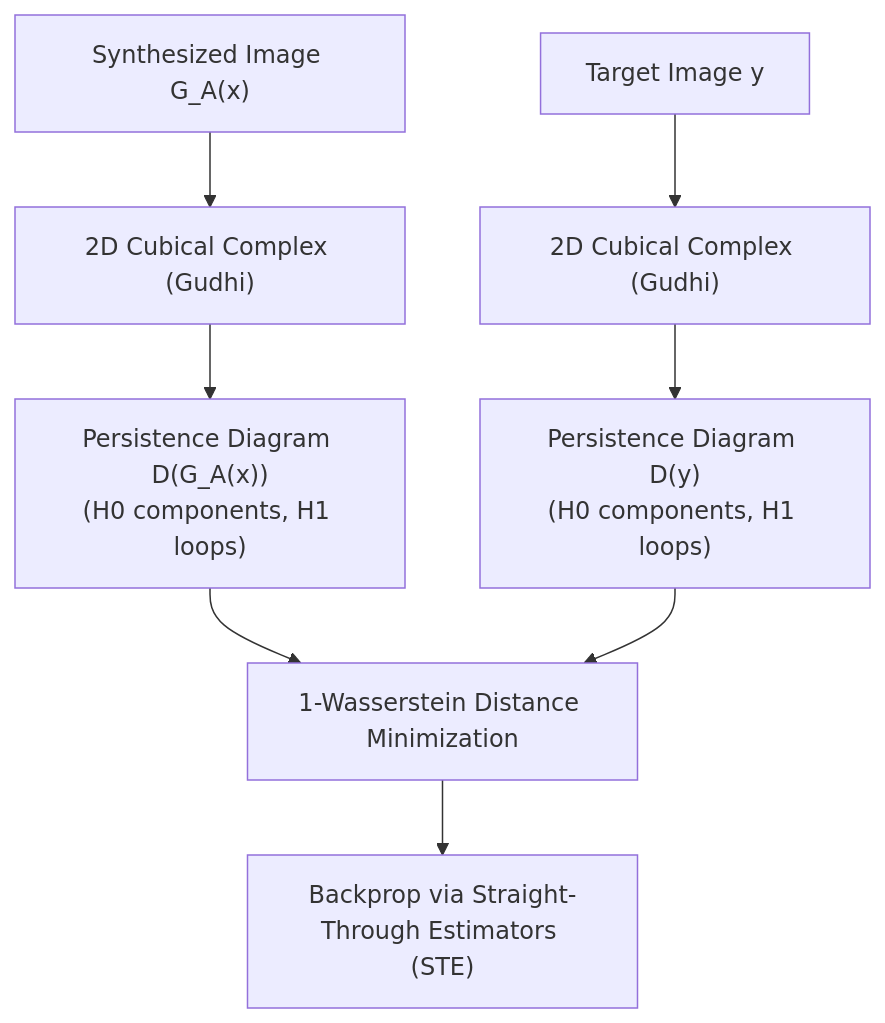
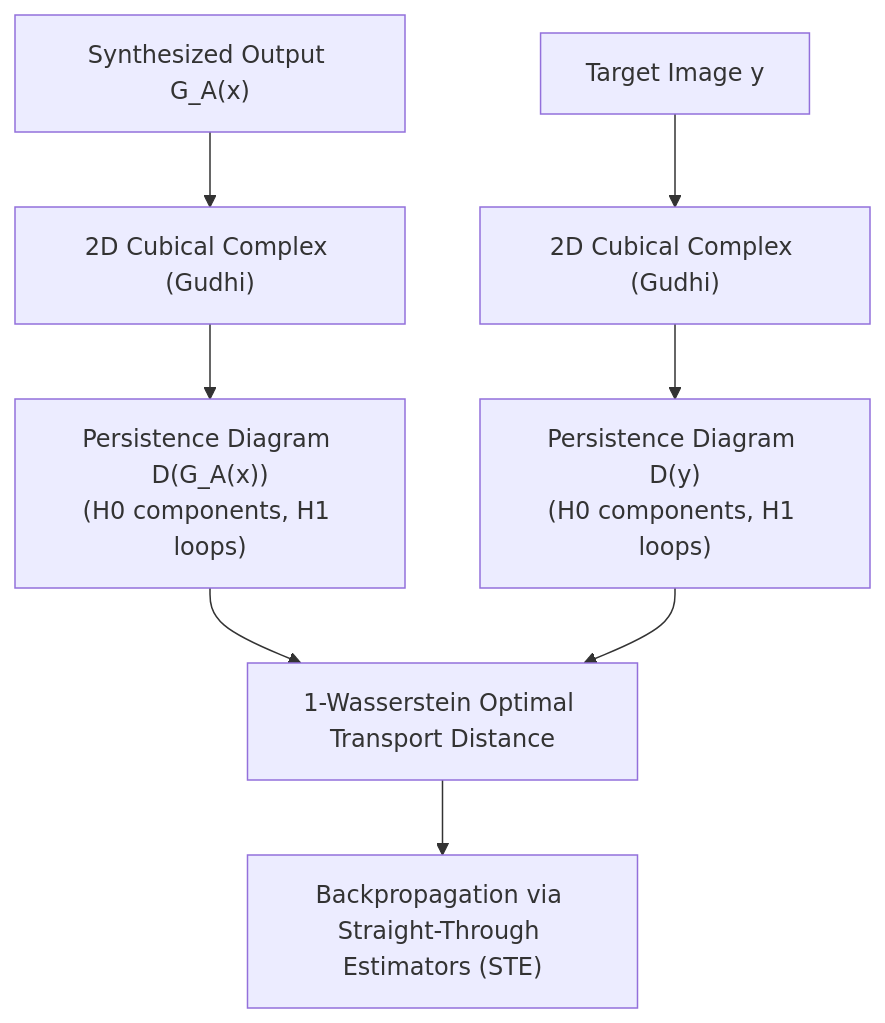
One commit to premsuggu/pytorch-CycleGAN-and-pix2pix changed the second of 4 diagrams in docs/topodlri/RESEARCH_PAPER.md. Above: the diagram before and after it, drawn with Mermaid. The commit also changed other lines of this file and 1 other file, not shown here.

````diff
--- a/docs/topodlri/RESEARCH_PAPER.md
+++ b/docs/topodlri/RESEARCH_PAPER.md
@@ -66,9 +90,9 @@
 ```mermaid
 flowchart TD
-    G["Synthesized Image G_A(x)"] --> C1["2D Cubical Complex (Gudhi)"]
+    G["Synthesized Output G_A(x)"] --> C1["2D Cubical Complex (Gudhi)"]
     C1 --> D1["Persistence Diagram D(G_A(x))<br>(H0 components, H1 loops)"]
     Y["Target Image y"] --> C2["2D Cubical Complex (Gudhi)"]
     C2 --> D2["Persistence Diagram D(y)<br>(H0 components, H1 loops)"]
-    D1 & D2 --> W["1-Wasserstein Distance Minimization"]
-    W --> STE["Backprop via Straight-Through Estimators (STE)"]
+    D1 & D2 --> W["1-Wasserstein Optimal Transport Distance"]
+    W --> STE["Backpropagation via Straight-Through Estimators (STE)"]
 ```
````
